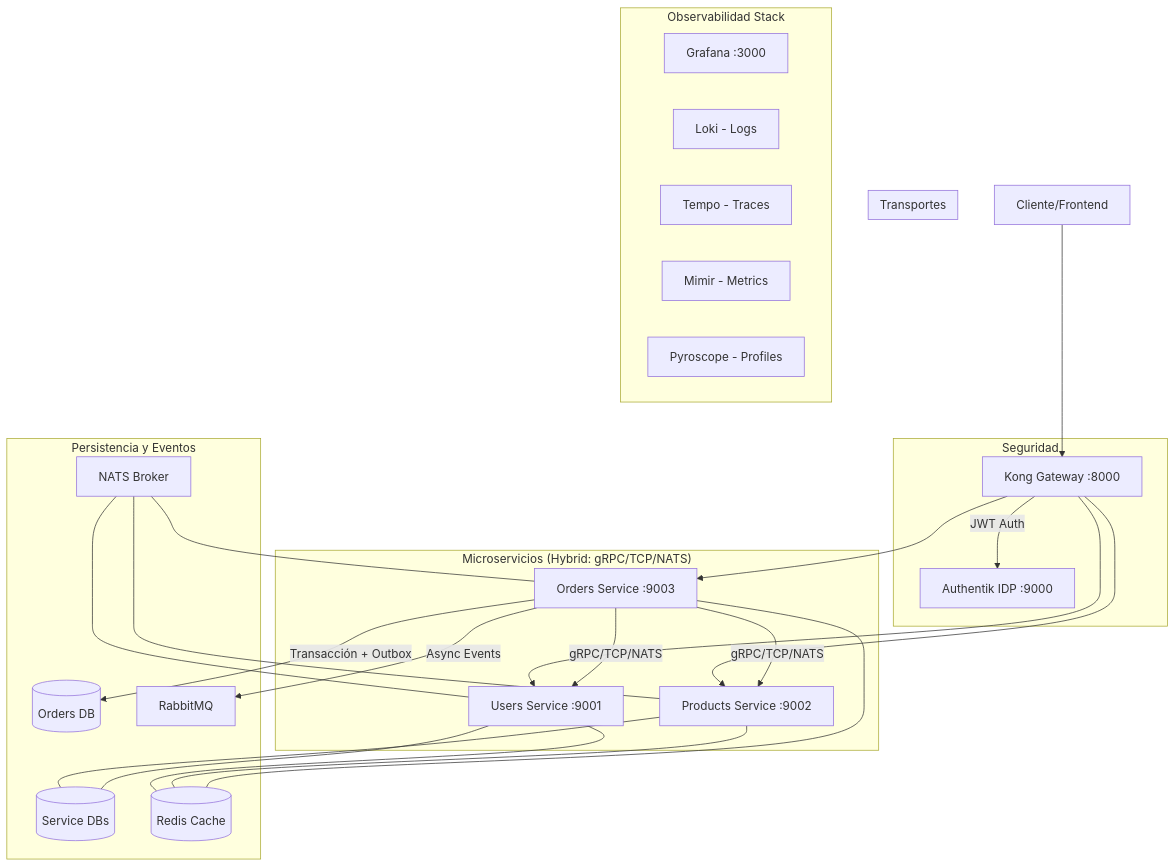
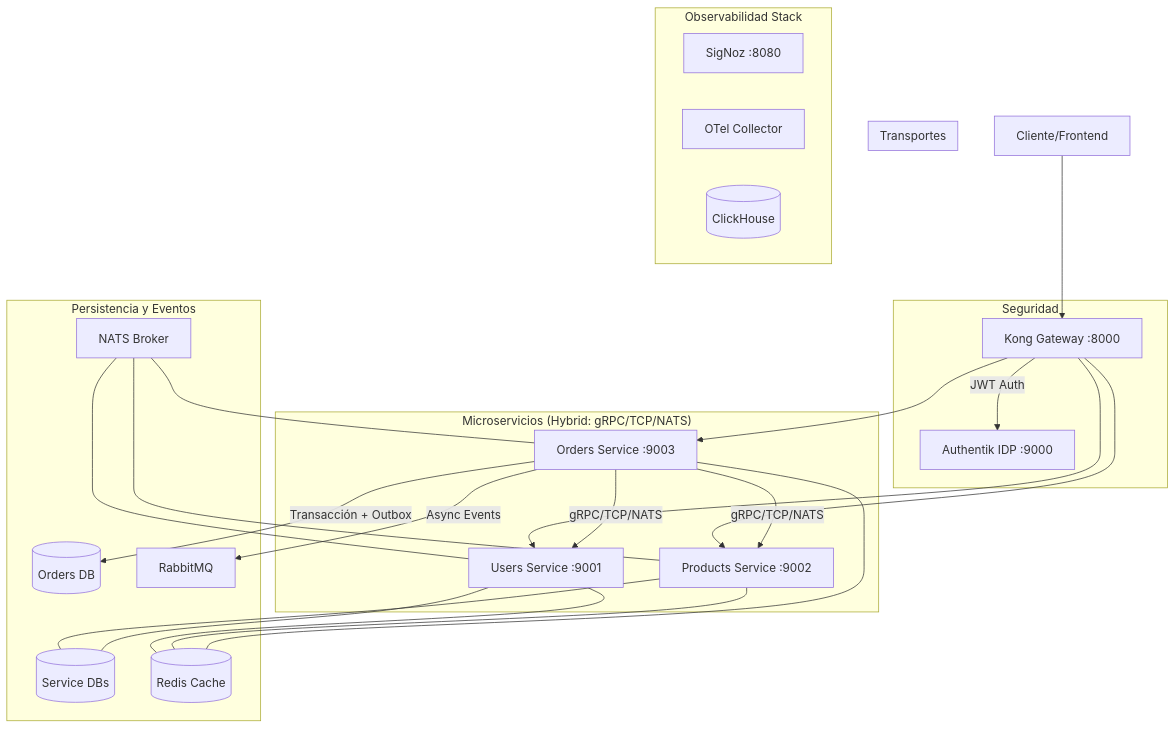
Before and after one commit to bleidertcs/ecommerce-microservices: the diagram in MASTER_GUIDE.md, drawn with Mermaid. The commit also changed other lines of this file and 50 other files, not shown here.

````diff
--- a/MASTER_GUIDE.md
+++ b/MASTER_GUIDE.md
@@ -9,35 +9,33 @@
 ```mermaid
 graph TD
     Client[Cliente/Frontend] --> Kong[Kong Gateway :8000]
 
     subgraph "Seguridad"
         Kong --> |JWT Auth| AK[Authentik IDP :9000]
     end
 
     subgraph "Microservicios (Hybrid: gRPC/TCP/NATS)"
         Kong --> Users[Users Service :9001]
         Kong --> Products[Products Service :9002]
         Kong --> Orders[Orders Service :9003]
     end
 
     subgraph "Transportes"
         Orders -- "gRPC/TCP/NATS" --> Users
         Orders -- "gRPC/TCP/NATS" --> Products
     end
 
     subgraph "Persistencia y Eventos"
         Orders -- "Transacción + Outbox" --> DB[(Orders DB)]
         Orders -- "Async Events" --> RMQ[RabbitMQ]
         Products & Users --- PDB[(Service DBs)]
         Users & Products & Orders --- Redis[(Redis Cache)]
         NATS[NATS Broker] --- Users & Products & Orders
     end
 
     subgraph "Observabilidad Stack"
-        Grafana[Grafana :3000]
-        Loki[Loki - Logs]
-        Tempo[Tempo - Traces]
-        Mimir[Mimir - Metrics]
-        Pyro[Pyroscope - Profiles]
+        SigNoz[SigNoz :8080]
+        OTelCol[OTel Collector]
+        CH[(ClickHouse)]
     end
 ```
````
